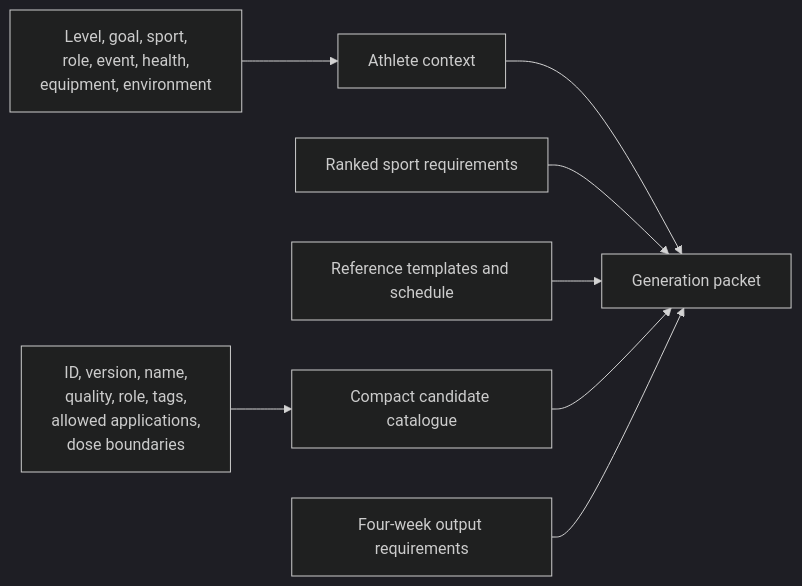
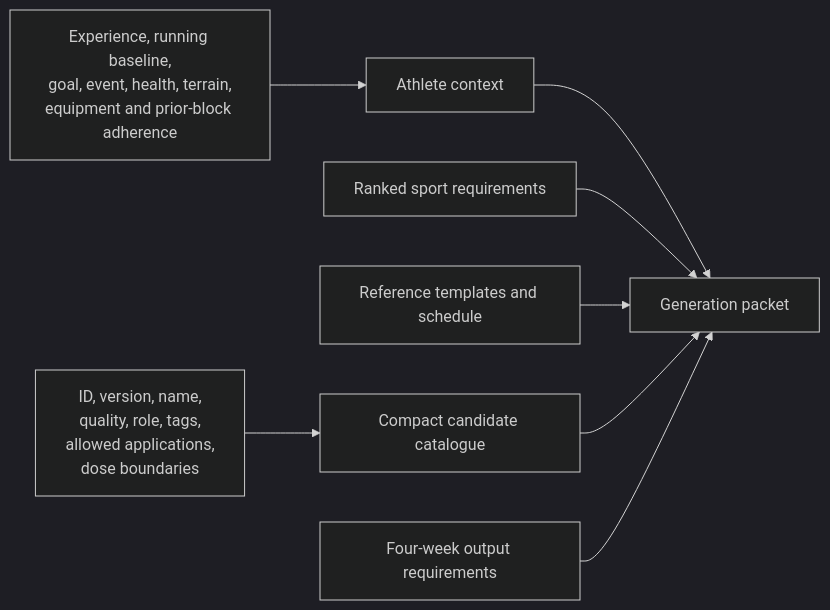
One commit to vamshikrishnabrungi/Fitness-App changed the second of 5 diagrams in docs/training-generation-architecture.md. Above: the diagram before and after it, drawn with Mermaid (dark theme). The commit also changed other lines of this file and 44 other files, not shown here.

````diff
--- a/docs/training-generation-architecture.md
+++ b/docs/training-generation-architecture.md
@@ -62,11 +62,11 @@
 ```mermaid
 flowchart LR
     A[Athlete context] --> PACKET[Generation packet]
     S[Ranked sport requirements] --> PACKET
     T[Reference templates and schedule] --> PACKET
     C[Compact candidate catalogue] --> PACKET
     O[Four-week output requirements] --> PACKET
 
-    A1[Level, goal, sport,<br/>role, event, health,<br/>equipment, environment] --> A
+    A1[Experience, running baseline,<br/>goal, event, health, terrain,<br/>equipment and prior-block adherence] --> A
     C1[ID, version, name,<br/>quality, role, tags,<br/>allowed applications,<br/>dose boundaries] --> C
 ```
````
